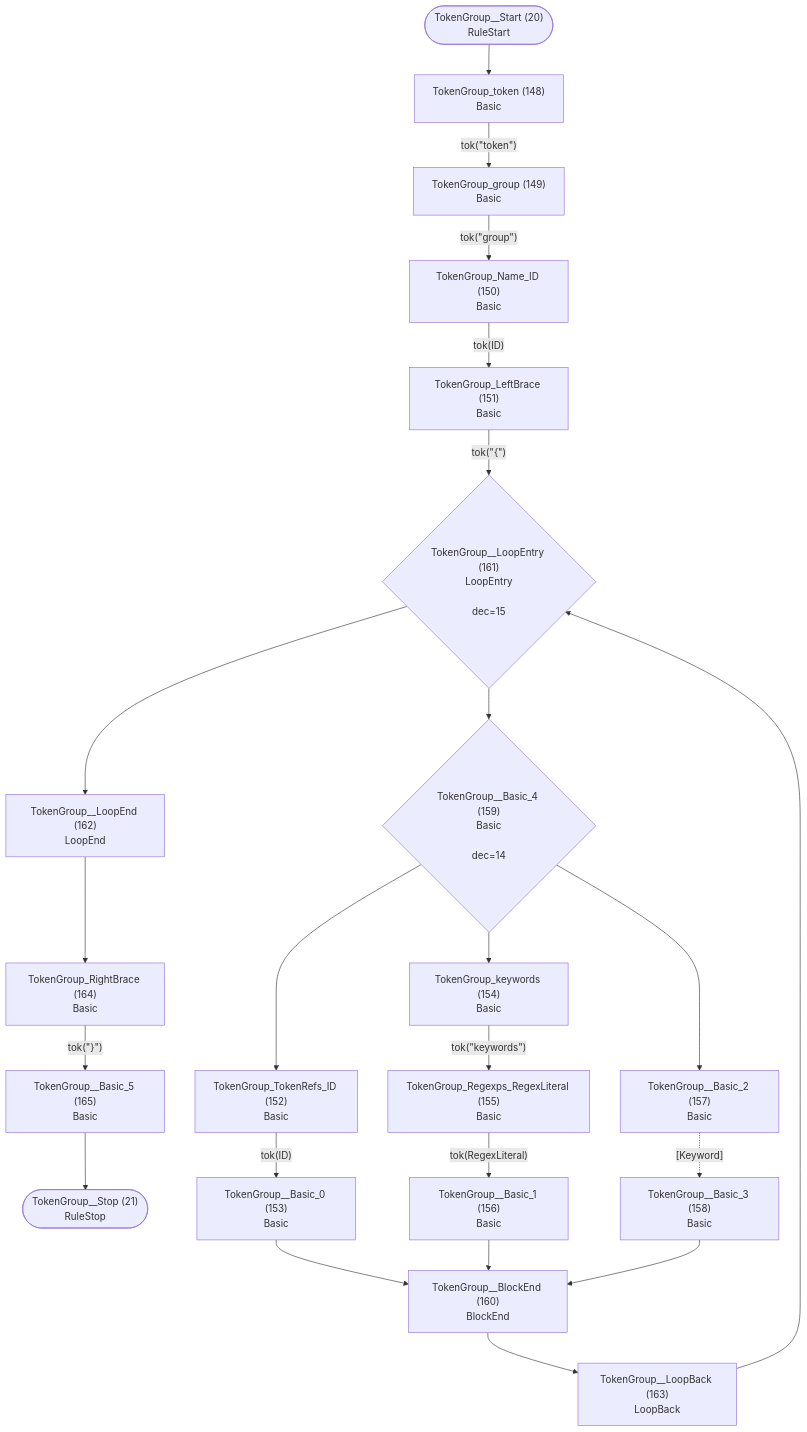
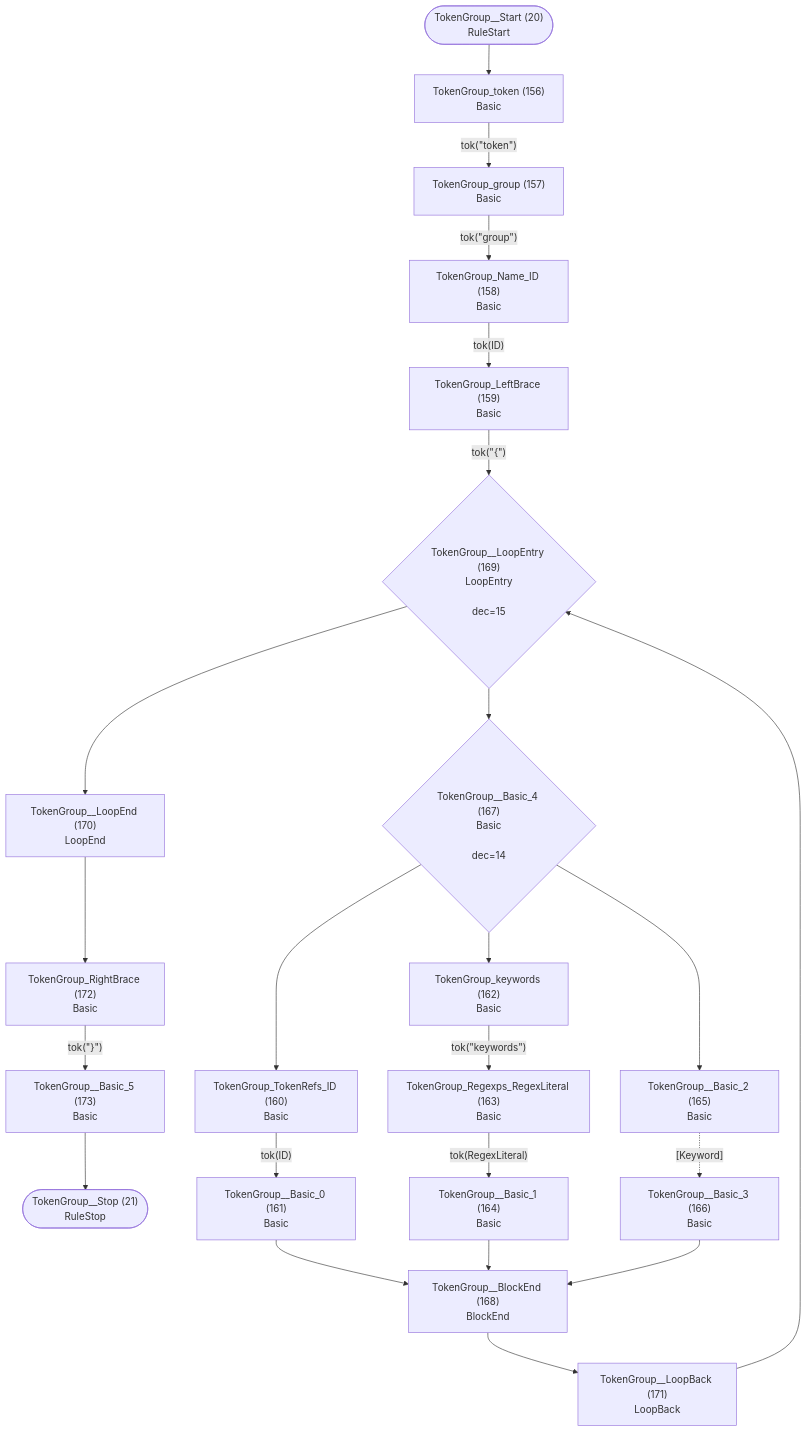
Before and after one commit to TypeFox/fastbelt: diagram 11 of 29 in internal/grammar/atn.md, drawn with Mermaid. The commit also changed other lines of this file and 41 other files, not shown here.

````diff
--- a/internal/grammar/atn.md
+++ b/internal/grammar/atn.md
@@ -317,46 +322,46 @@
 ```mermaid
 flowchart TD
     q20(["TokenGroup__Start (20)<br/>RuleStart"])
     q21(["TokenGroup__Stop (21)<br/>RuleStop"])
-    q148["TokenGroup_token (148)<br/>Basic<br/>"]
-    q149["TokenGroup_group (149)<br/>Basic<br/>"]
-    q150["TokenGroup_Name_ID (150)<br/>Basic<br/>"]
-    q151["TokenGroup_LeftBrace (151)<br/>Basic<br/>"]
-    q152["TokenGroup_TokenRefs_ID (152)<br/>Basic<br/>"]
-    q153["TokenGroup__Basic_0 (153)<br/>Basic<br/>"]
-    q154["TokenGroup_keywords (154)<br/>Basic<br/>"]
-    q155["TokenGroup_Regexps_RegexLiteral (155)<br/>Basic<br/>"]
-    q156["TokenGroup__Basic_1 (156)<br/>Basic<br/>"]
-    q157["TokenGroup__Basic_2 (157)<br/>Basic<br/>"]
-    q158["TokenGroup__Basic_3 (158)<br/>Basic<br/>"]
-    q159{"TokenGroup__Basic_4 (159)<br/>Basic<br/><br/>dec=14"}
-    q160["TokenGroup__BlockEnd (160)<br/>BlockEnd<br/>"]
-    q161{"TokenGroup__LoopEntry (161)<br/>LoopEntry<br/><br/>dec=15"}
-    q162["TokenGroup__LoopEnd (162)<br/>LoopEnd<br/>"]
-    q163["TokenGroup__LoopBack (163)<br/>LoopBack<br/>"]
-    q164["TokenGroup_RightBrace (164)<br/>Basic<br/>"]
-    q165["TokenGroup__Basic_5 (165)<br/>Basic<br/>"]
+    q156["TokenGroup_token (156)<br/>Basic<br/>"]
+    q157["TokenGroup_group (157)<br/>Basic<br/>"]
+    q158["TokenGroup_Name_ID (158)<br/>Basic<br/>"]
+    q159["TokenGroup_LeftBrace (159)<br/>Basic<br/>"]
+    q160["TokenGroup_TokenRefs_ID (160)<br/>Basic<br/>"]
+    q161["TokenGroup__Basic_0 (161)<br/>Basic<br/>"]
+    q162["TokenGroup_keywords (162)<br/>Basic<br/>"]
+    q163["TokenGroup_Regexps_RegexLiteral (163)<br/>Basic<br/>"]
+    q164["TokenGroup__Basic_1 (164)<br/>Basic<br/>"]
+    q165["TokenGroup__Basic_2 (165)<br/>Basic<br/>"]
+    q166["TokenGroup__Basic_3 (166)<br/>Basic<br/>"]
+    q167{"TokenGroup__Basic_4 (167)<br/>Basic<br/><br/>dec=14"}
+    q168["TokenGroup__BlockEnd (168)<br/>BlockEnd<br/>"]
+    q169{"TokenGroup__LoopEntry (169)<br/>LoopEntry<br/><br/>dec=15"}
+    q170["TokenGroup__LoopEnd (170)<br/>LoopEnd<br/>"]
+    q171["TokenGroup__LoopBack (171)<br/>LoopBack<br/>"]
+    q172["TokenGroup_RightBrace (172)<br/>Basic<br/>"]
+    q173["TokenGroup__Basic_5 (173)<br/>Basic<br/>"]
 
-    q20 --> q148
-    q148 -->|"tok(&quot;token&quot;)"| q149
-    q149 -->|"tok(&quot;group&quot;)"| q150
-    q150 -->|"tok(ID)"| q151
-    q151 -->|"tok(&quot;{&quot;)"| q161
-    q152 -->|"tok(ID)"| q153
-    q153 --> q160
-    q154 -->|"tok(&quot;keywords&quot;)"| q155
-    q155 -->|"tok(RegexLiteral)"| q156
-    q156 --> q160
-    q157 -.->|"[Keyword]"| q158
-    q158 --> q160
-    q159 --> q152
-    q159 --> q154
-    q159 --> q157
-    q160 --> q163
-    q161 --> q159
-    q161 --> q162
-    q162 --> q164
-    q163 --> q161
-    q164 -->|"tok(&quot;}&quot;)"| q165
-    q165 --> q21
+    q20 --> q156
+    q156 -->|"tok(&quot;token&quot;)"| q157
+    q157 -->|"tok(&quot;group&quot;)"| q158
+    q158 -->|"tok(ID)"| q159
+    q159 -->|"tok(&quot;{&quot;)"| q169
+    q160 -->|"tok(ID)"| q161
+    q161 --> q168
+    q162 -->|"tok(&quot;keywords&quot;)"| q163
+    q163 -->|"tok(RegexLiteral)"| q164
+    q164 --> q168
+    q165 -.->|"[Keyword]"| q166
+    q166 --> q168
+    q167 --> q160
+    q167 --> q162
+    q167 --> q165
+    q168 --> q171
+    q169 --> q167
+    q169 --> q170
+    q170 --> q172
+    q171 --> q169
+    q172 -->|"tok(&quot;}&quot;)"| q173
+    q173 --> q21
 ```
````
